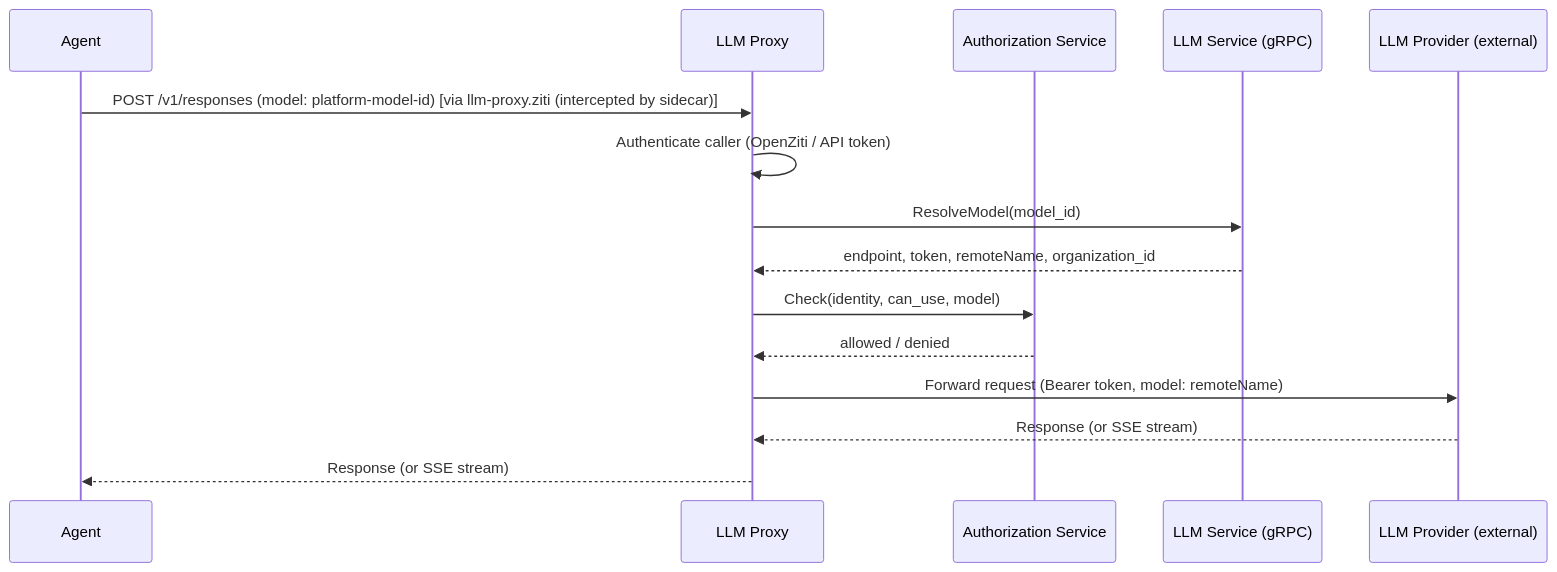
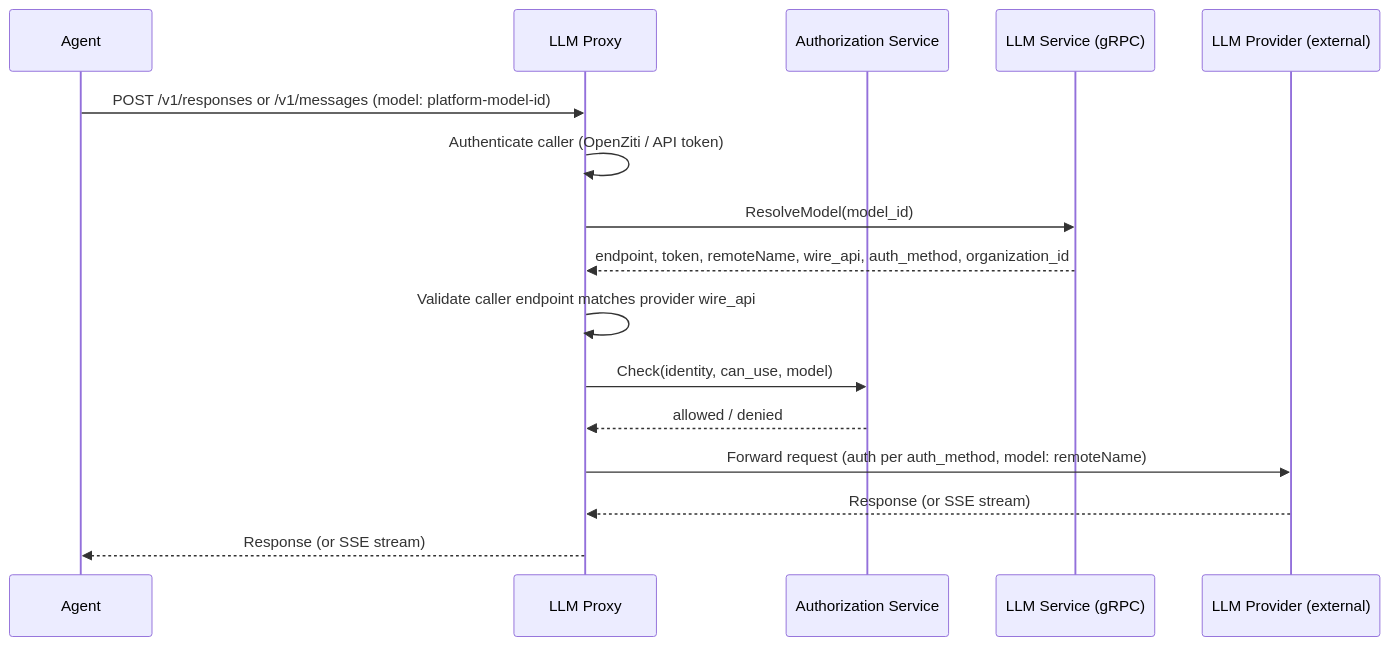
One commit to agynio/architecture changed the diagram in architecture/llm-proxy.md. Above: the diagram before and after it, drawn with Mermaid. The commit also changed other lines of this file and 5 other files, not shown here.

First line of the commit message:
arch: add Claude Code agent support — Anthropic Messages API, wire_api provider field, agynd settings.json, init container

````diff
--- a/architecture/llm-proxy.md
+++ b/architecture/llm-proxy.md
@@ -56,18 +140,19 @@
 ```mermaid
 sequenceDiagram
     participant A as Agent
     participant P as LLM Proxy
     participant Auth as Authorization Service
     participant L as LLM Service (gRPC)
     participant E as LLM Provider (external)
 
-    A->>P: POST /v1/responses (model: platform-model-id) [via llm-proxy.ziti (intercepted by sidecar)]
+    A->>P: POST /v1/responses or /v1/messages (model: platform-model-id)
     P->>P: Authenticate caller (OpenZiti / API token)
     P->>L: ResolveModel(model_id)
-    L-->>P: endpoint, token, remoteName, organization_id
+    L-->>P: endpoint, token, remoteName, wire_api, auth_method, organization_id
+    P->>P: Validate caller endpoint matches provider wire_api
     P->>Auth: Check(identity, can_use, model)
     Auth-->>P: allowed / denied
-    P->>E: Forward request (Bearer token, model: remoteName)
+    P->>E: Forward request (auth per auth_method, model: remoteName)
     E-->>P: Response (or SSE stream)
     P-->>A: Response (or SSE stream)
 ```
````
